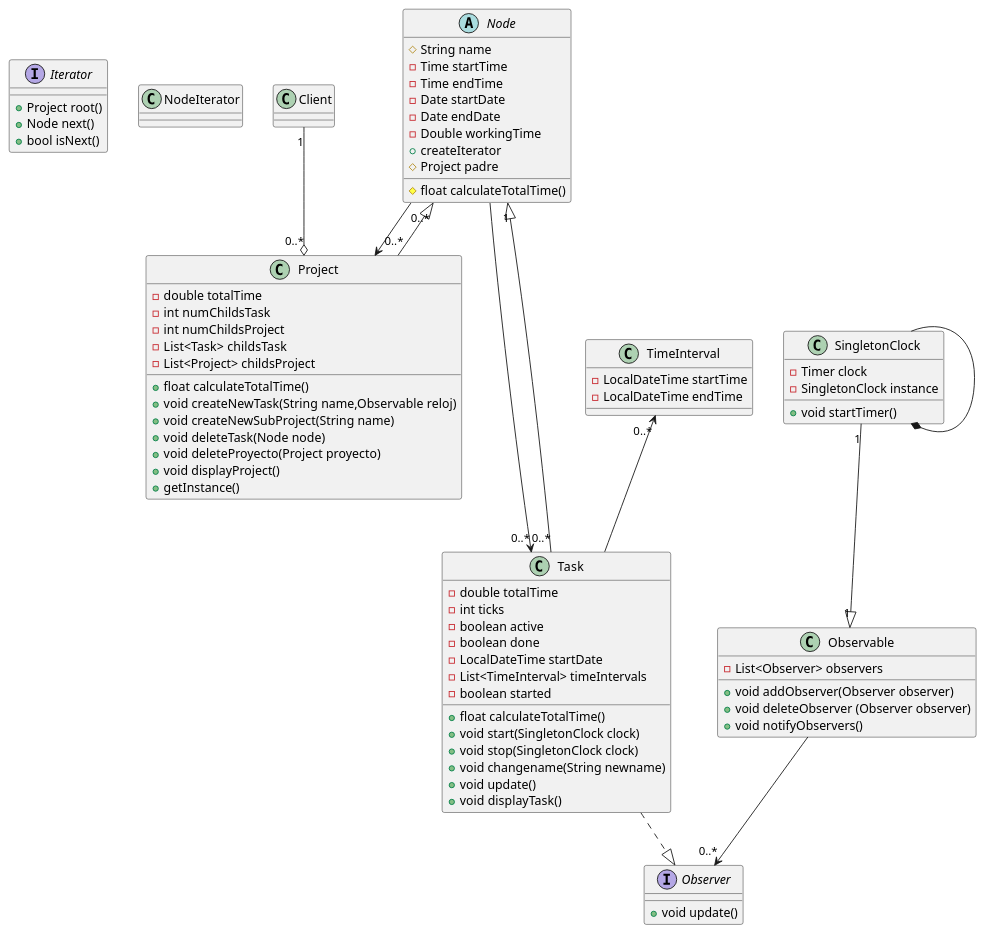
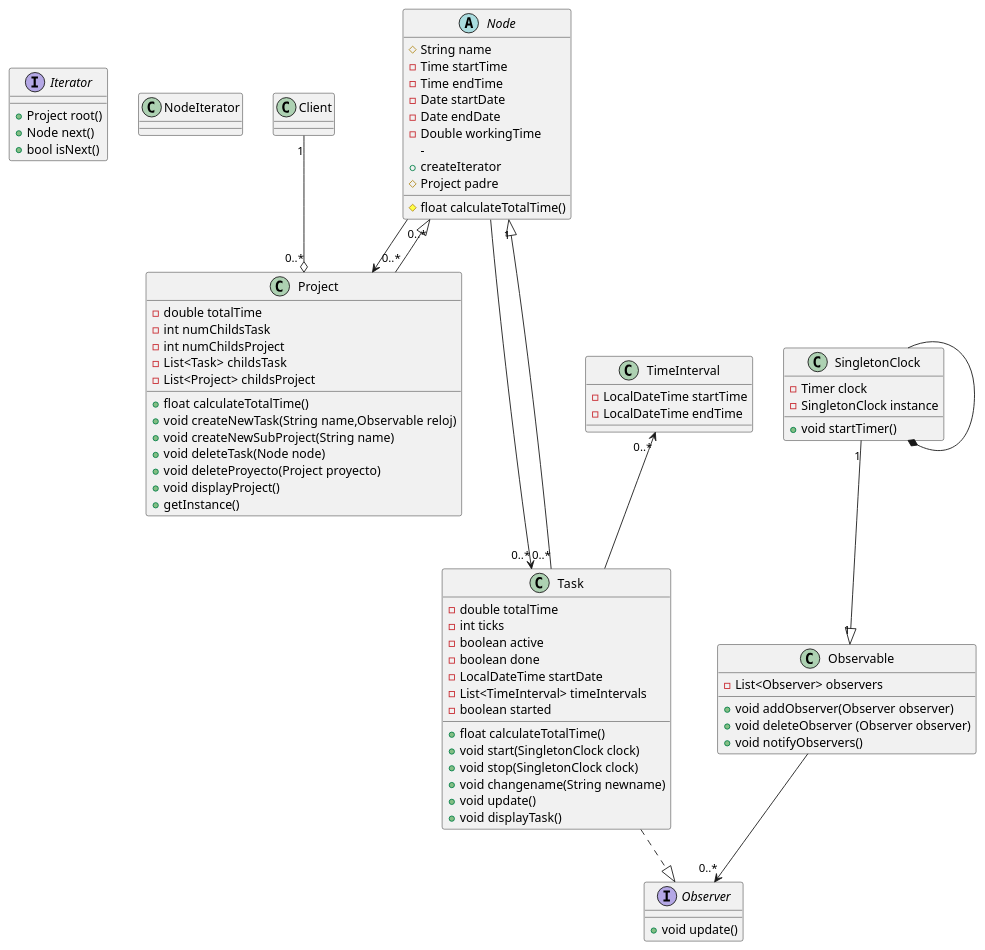
The diagram in src/main/java/Time_Tracker.puml (MirniWantsSweets/DS-project), drawn with PlantUML before and after one commit. The commit also changed 12 other files, not shown here.

```diff
--- a/src/main/java/Time_Tracker.puml
+++ b/src/main/java/Time_Tracker.puml
@@ -1,83 +1,84 @@
 @startuml
 
 interface Iterator{
 +Project root()
 +Node next()
 +bool isNext()
 
 }
 class NodeIterator{
 
 }
 abstract class Node{
 #String name
 -Time startTime
 -Time endTime
 -Date startDate
 -Date endDate
 -Double workingTime
+-
 +createIterator
 #Project padre
 #float calculateTotalTime()
 
 }
 
 class Observable{
 -List<Observer> observers
 +void addObserver(Observer observer)
 +void deleteObserver (Observer observer)
 +void notifyObservers()
 }
 interface Observer{
 +void update()
 }
 class Project{
 -double totalTime
 -int numChildsTask
 -int numChildsProject
 -List<Task> childsTask
 -List<Project> childsProject
 +float calculateTotalTime()
 +void createNewTask(String name,Observable reloj)
 +void createNewSubProject(String name)
 +void deleteTask(Node node)
 +void deleteProyecto(Project proyecto)
 +void displayProject()
 +getInstance()
 }
 class SingletonClock{
 -Timer clock
 -SingletonClock instance
 +void startTimer()
 }
 class Task{
 -double totalTime
 -int ticks
 -boolean active
 -boolean done
 -LocalDateTime startDate
 -List<TimeInterval> timeIntervals
 -boolean started
 +float calculateTotalTime()
 +void start(SingletonClock clock)
 +void stop(SingletonClock clock)
 +void changename(String newname)
 +void update()
 +void displayTask()
 }
 class TimeInterval{
 -LocalDateTime startTime
 -LocalDateTime endTime
 }
 
 Project  "0..*"--|> "0..*"Node
 Task "0..*"---|> "1" Node
 Task ..|> Observer
 Node --> Project
 Node --> "0..*"Task
 Client "1"--o "0..*"Project
 SingletonClock "1" --|> "1"Observable
 TimeInterval "0..*" <-- Task
 Observable --> "0..*"Observer
 SingletonClock --* SingletonClock
 @enduml
```
